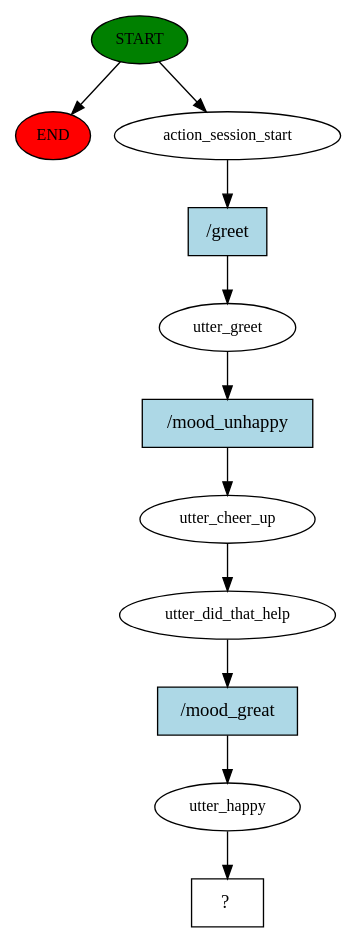
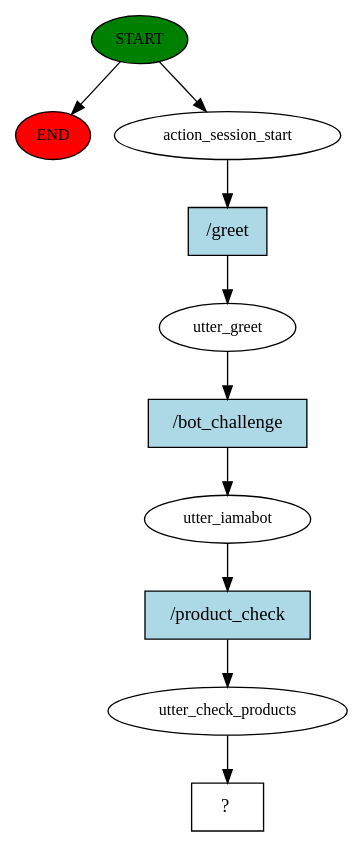
One commit to Buddhima-JD3/Salesmanbot changed the diagram in chatbot/story_graph.dot. Above: the diagram before and after it, drawn with Graphviz. The commit also changed 20 other files, not shown here.

```diff
--- a/chatbot/story_graph.dot
+++ b/chatbot/story_graph.dot
@@ -1,23 +1,21 @@
 digraph  {
 0 [class="start active", fillcolor=green, fontsize=12, label=START, style=filled];
 "-1" [class=end, fillcolor=red, fontsize=12, label=END, style=filled];
 1 [class=active, fontsize=12, label=action_session_start];
 2 [class=active, fontsize=12, label=utter_greet];
-3 [class=active, fontsize=12, label=utter_cheer_up];
-4 [class=active, fontsize=12, label=utter_did_that_help];
-5 [class=active, fontsize=12, label=utter_happy];
-6 [class="intent dashed active", label="  ?  ", shape=rect];
-7 [class="intent active", fillcolor=lightblue, label="/greet", shape=rect, style=filled];
-8 [class="intent active", fillcolor=lightblue, label="/mood_unhappy", shape=rect, style=filled];
-9 [class="intent active", fillcolor=lightblue, label="/mood_great", shape=rect, style=filled];
+3 [class=active, fontsize=12, label=utter_iamabot];
+4 [class=active, fontsize=12, label=utter_check_products];
+5 [class="intent dashed active", label="  ?  ", shape=rect];
+6 [class="intent active", fillcolor=lightblue, label="/greet", shape=rect, style=filled];
+7 [class="intent active", fillcolor=lightblue, label="/bot_challenge", shape=rect, style=filled];
+8 [class="intent active", fillcolor=lightblue, label="/product_check", shape=rect, style=filled];
 0 -> "-1"  [class="", key=NONE, label=""];
 0 -> 1  [class=active, key=NONE, label=""];
-1 -> 7  [class=active, key=0];
-2 -> 8  [class=active, key=0];
-3 -> 4  [class=active, key=NONE, label=""];
-4 -> 9  [class=active, key=0];
-5 -> 6  [class=active, key=NONE, label=""];
-7 -> 2  [class=active, key=0];
-8 -> 3  [class=active, key=0];
-9 -> 5  [class=active, key=0];
+1 -> 6  [class=active, key=0];
+2 -> 7  [class=active, key=0];
+3 -> 8  [class=active, key=0];
+4 -> 5  [class=active, key=NONE, label=""];
+6 -> 2  [class=active, key=0];
+7 -> 3  [class=active, key=0];
+8 -> 4  [class=active, key=0];
 }
```
